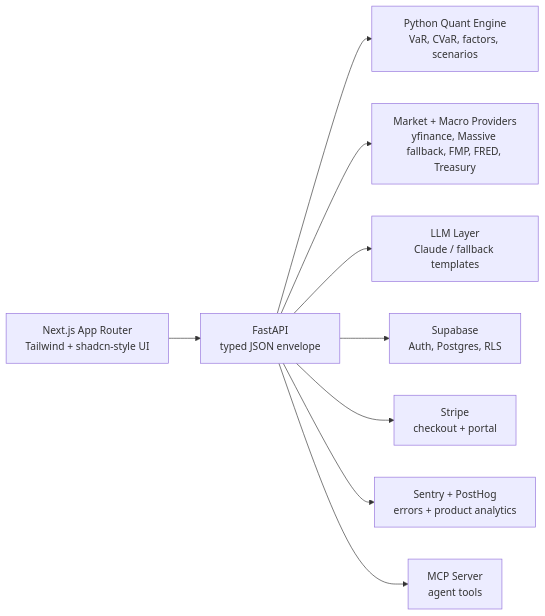
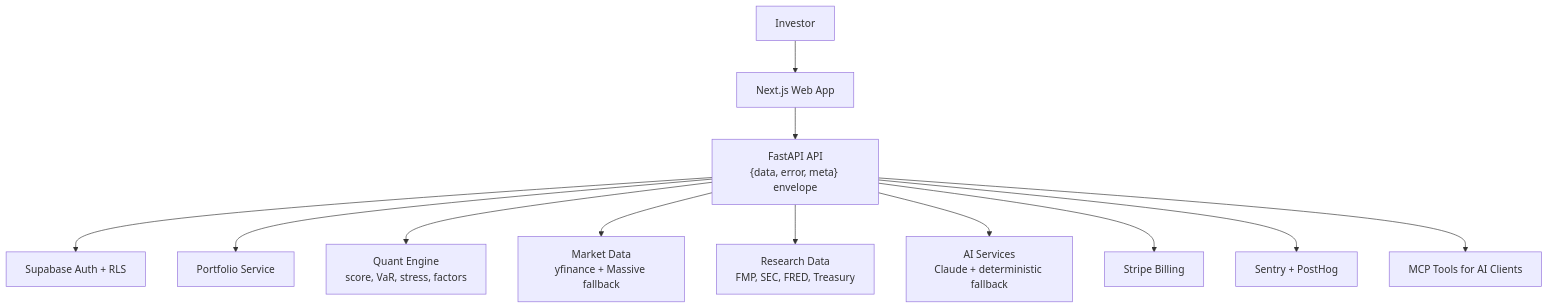
One commit to zhengbrody/PersonalFinancialRiskManagement changed the diagram in README.md. Above: the diagram before and after it, drawn with Mermaid. The commit also changed other lines of this file, not shown here.

````diff
--- a/README.md
+++ b/README.md
@@ -51,21 +74,19 @@
 ```mermaid
-flowchart LR
-  Browser["Next.js App Router<br/>Tailwind + shadcn-style UI"]
-  API["FastAPI<br/>typed JSON envelope"]
-  Quant["Python Quant Engine<br/>VaR, CVaR, factors, scenarios"]
-  Data["Market + Macro Providers<br/>yfinance, Massive fallback, FMP, FRED, Treasury"]
-  AI["LLM Layer<br/>Claude / fallback templates"]
-  DB["Supabase<br/>Auth, Postgres, RLS"]
-  Billing["Stripe<br/>checkout + portal"]
-  Obs["Sentry + PostHog<br/>errors + product analytics"]
-  MCP["MCP Server<br/>agent tools"]
+flowchart TD
+  User["Investor"]
+  Web["Next.js Web App"]
+  API["FastAPI API<br/>{data, error, meta} envelope"]
 
-  Browser --> API
-  API --> Quant
-  API --> Data
-  API --> AI
-  API --> DB
-  API --> Billing
-  API --> Obs
-  API --> MCP
+  User --> Web
+  Web --> API
+
+  API --> Auth["Supabase Auth + RLS"]
+  API --> Portfolio["Portfolio Service"]
+  API --> Quant["Quant Engine<br/>score, VaR, stress, factors"]
+  API --> Data["Market Data<br/>yfinance + Massive fallback"]
+  API --> Research["Research Data<br/>FMP, SEC, FRED, Treasury"]
+  API --> AI["AI Services<br/>Claude + deterministic fallback"]
+  API --> Billing["Stripe Billing"]
+  API --> Observability["Sentry + PostHog"]
+  API --> MCP["MCP Tools for AI Clients"]
 ```
````
